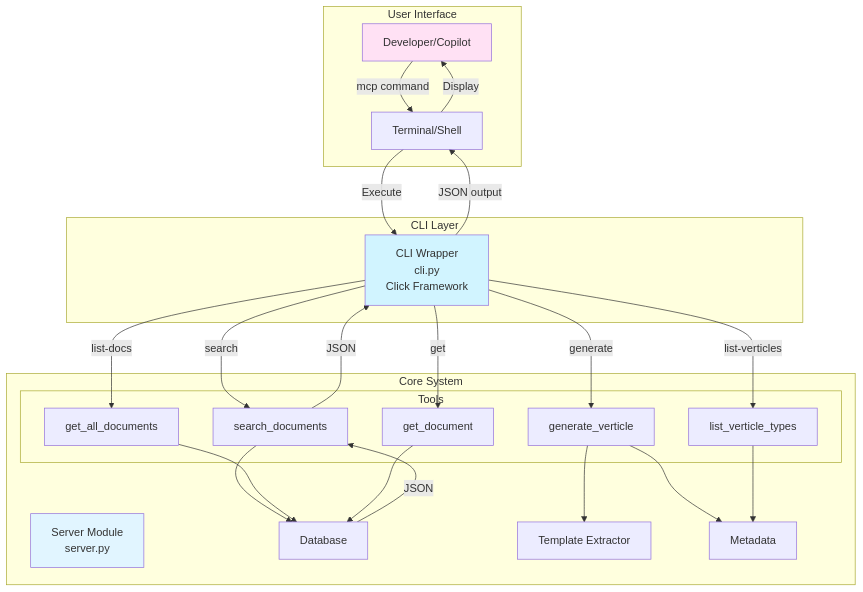
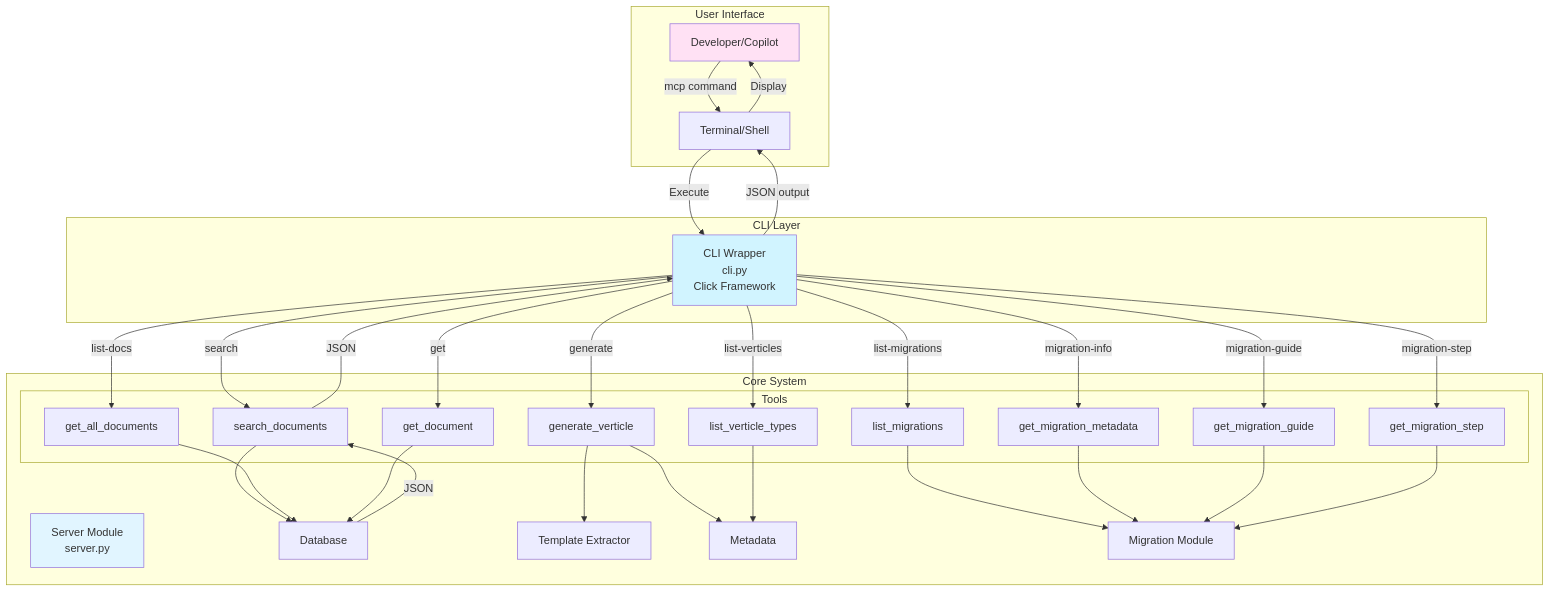
Before and after one commit to karthik78180/fast-mcp-local: the fourth of 7 diagrams in ARCHITECTURE.md, drawn with Mermaid. The commit also changed other lines of this file and 10 other files, not shown here.

````diff
--- a/ARCHITECTURE.md
+++ b/ARCHITECTURE.md
@@ -124,52 +138,65 @@
 ```mermaid
 graph TB
     subgraph "User Interface"
         User[Developer/Copilot]
         Terminal[Terminal/Shell]
     end
 
     subgraph "CLI Layer"
         CLI[CLI Wrapper<br/>cli.py<br/>Click Framework]
     end
 
     subgraph "Core System"
         Server[Server Module<br/>server.py]
 
         subgraph "Tools"
             T1[search_documents]
             T2[get_all_documents]
             T3[get_document]
             T4[generate_verticle]
             T5[list_verticle_types]
+            T6[list_migrations]
+            T7[get_migration_metadata]
+            T8[get_migration_guide]
+            T9[get_migration_step]
         end
 
         DB[Database]
         TE[Template Extractor]
         Meta[Metadata]
+        MigMod[Migration Module]
     end
 
     User -->|mcp command| Terminal
     Terminal -->|Execute| CLI
 
     CLI -->|search| T1
     CLI -->|list-docs| T2
     CLI -->|get| T3
     CLI -->|generate| T4
     CLI -->|list-verticles| T5
+    CLI -->|list-migrations| T6
+    CLI -->|migration-info| T7
+    CLI -->|migration-guide| T8
+    CLI -->|migration-step| T9
 
     T1 --> DB
     T2 --> DB
     T3 --> DB
     T4 --> TE
     T4 --> Meta
     T5 --> Meta
+    T6 --> MigMod
+    T7 --> MigMod
+    T8 --> MigMod
+    T9 --> MigMod
 
     DB -->|JSON| T1
     T1 -->|JSON| CLI
     CLI -->|JSON output| Terminal
     Terminal -->|Display| User
 
     style CLI fill:#d1f4ff
     style Server fill:#e1f5ff
     style User fill:#ffe1f4
 ```
````
